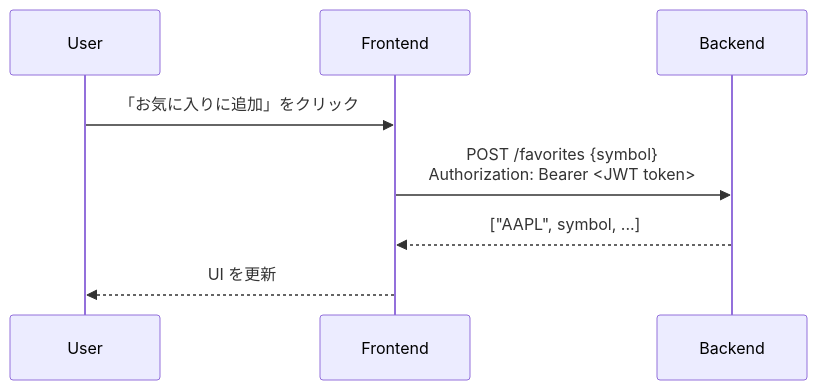
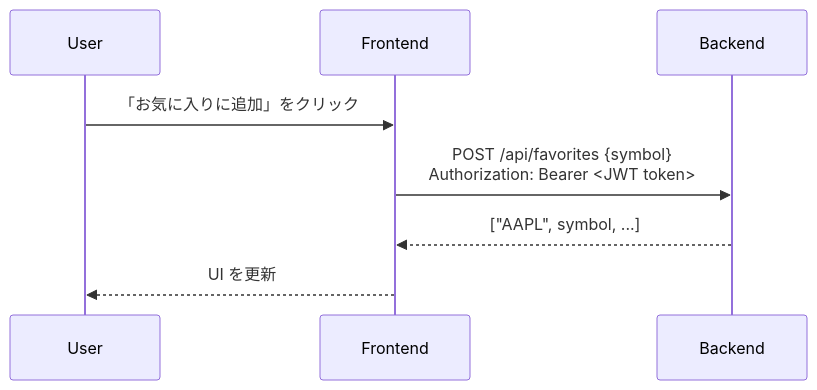
Before and after one commit to koki-ymd/stock-viewer: the fourth of 6 diagrams in docs/architecture.md, drawn with Mermaid. The commit also changed other lines of this file, not shown here.

Commit message:
docs: add api prefix and minor fixes in architecture.md

````diff
--- a/docs/architecture.md
+++ b/docs/architecture.md
@@ -348,12 +351,12 @@
 ```mermaid
 sequenceDiagram
   participant U as User
   participant FE as Frontend
   participant BE as Backend
 
   U->>FE: 「お気に入りに追加」をクリック
-  FE->>BE: POST /favorites {symbol} <br/> Authorization: Bearer <JWT token>
+  FE->>BE: POST /api/favorites {symbol} <br/> Authorization: Bearer <JWT token>
   BE-->>FE: ["AAPL", symbol, ...]
   FE-->>U: UI を更新
 
 ```
````
